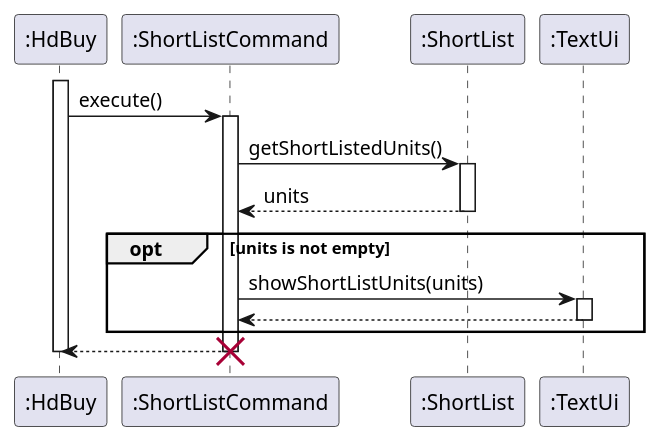
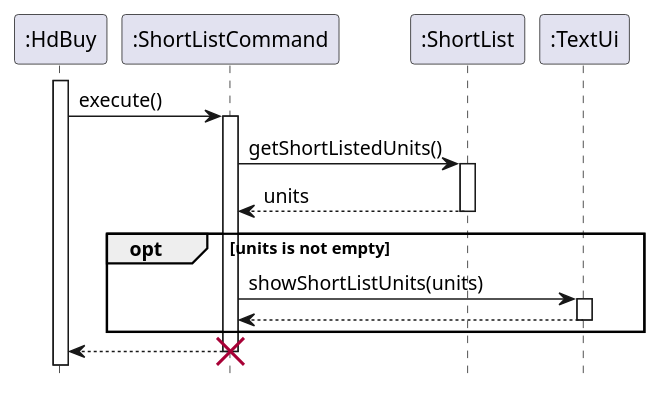
Before and after one commit to nus-cs2113-AY2021S2/tp: the diagram in docs/diagrams/ShortlistCommand.puml, drawn with PlantUML. The commit also changed 21 other files, not shown here.

Commit message:
Hide footbox in diagrams

```diff
--- a/docs/diagrams/ShortlistCommand.puml
+++ b/docs/diagrams/ShortlistCommand.puml
@@ -1,19 +1,19 @@
 @startuml
 'https://plantuml.com/sequence-diagram
+hide footbox
 activate ":HdBuy"
         ":HdBuy" -> ":ShortListCommand": execute()
         activate  ":ShortListCommand"
          ":ShortListCommand" -> ":ShortList": getShortListedUnits()
         activate ":ShortList"
         ":ShortList" -->  ":ShortListCommand": units
         deactivate ":ShortList"
         opt units is not empty
              ":ShortListCommand" -> ":TextUi": showShortListUnits(units)
             activate ":TextUi"
              ":ShortListCommand" <-- ":TextUi"
             deactivate ":TextUi"
         end
         ":HdBuy" <--  ":ShortListCommand"
         destroy  ":ShortListCommand"
-deactivate ":HdBuy"
 @enduml
```
